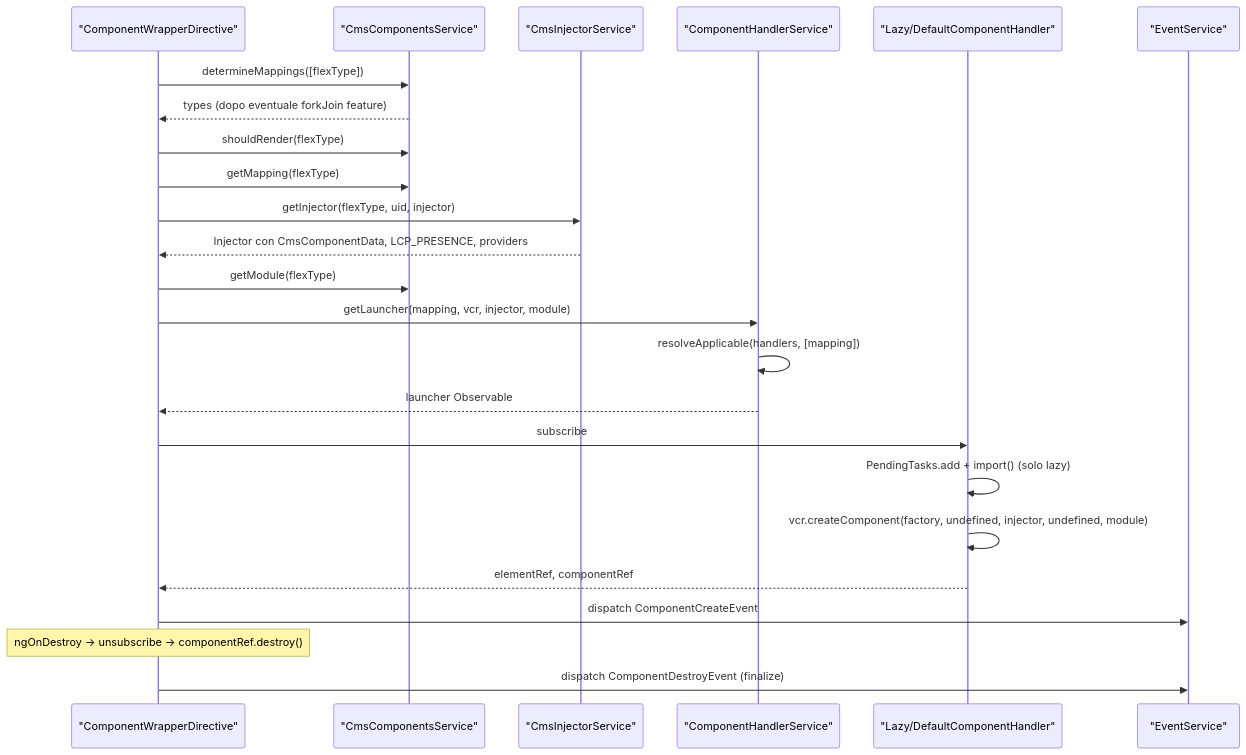
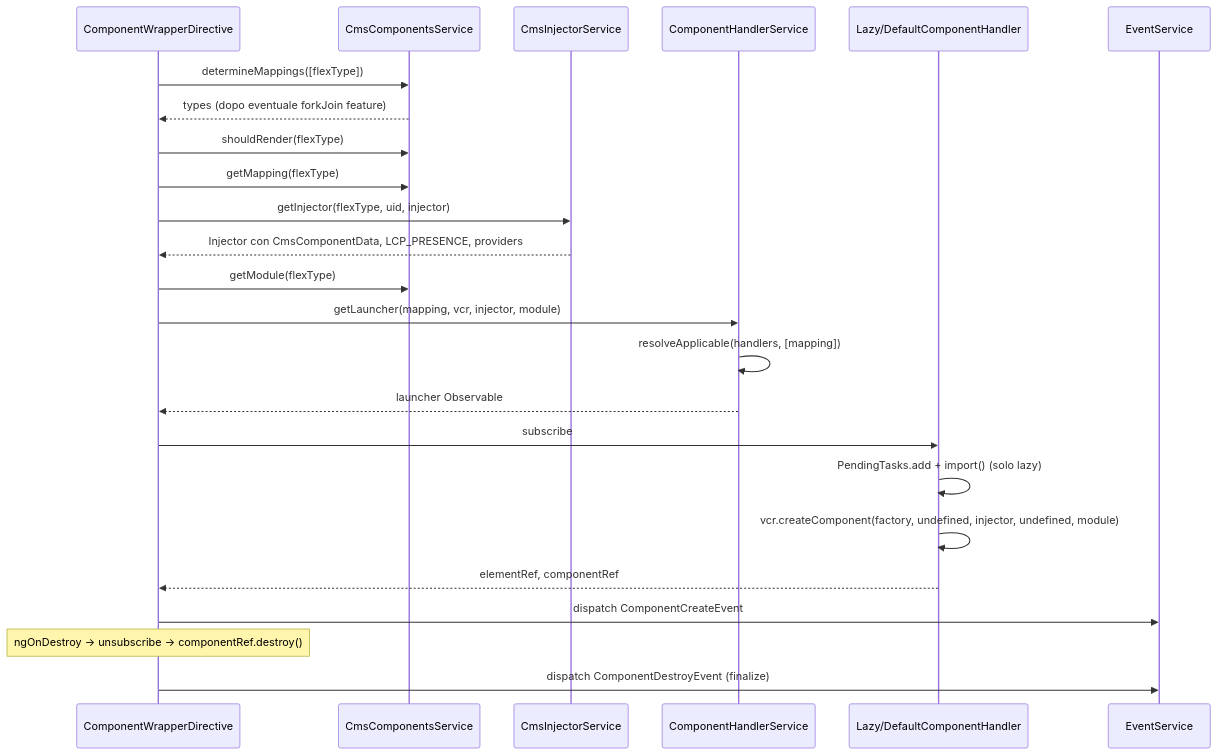
The second of 4 diagrams in docs/spartacus-book/parte-2/16-cms-rendering.md (mgiuditta/spartacus), drawn with Mermaid before and after one commit. The commit also changed other lines of this file and 2 other files, not shown here.

````diff
--- a/docs/spartacus-book/parte-2/16-cms-rendering.md
+++ b/docs/spartacus-book/parte-2/16-cms-rendering.md
@@ -326,26 +326,26 @@
 ```mermaid
 sequenceDiagram
-  participant W as "ComponentWrapperDirective"
-  participant CCS as "CmsComponentsService"
-  participant INJ as "CmsInjectorService"
-  participant HS as "ComponentHandlerService"
-  participant H as "Lazy/DefaultComponentHandler"
-  participant EV as "EventService"
+  participant W as ComponentWrapperDirective
+  participant CCS as CmsComponentsService
+  participant INJ as CmsInjectorService
+  participant HS as ComponentHandlerService
+  participant H as Lazy/DefaultComponentHandler
+  participant EV as EventService
   W->>CCS: determineMappings([flexType])
   CCS-->>W: types (dopo eventuale forkJoin feature)
   W->>CCS: shouldRender(flexType)
   W->>CCS: getMapping(flexType)
   W->>INJ: getInjector(flexType, uid, injector)
   INJ-->>W: Injector con CmsComponentData, LCP_PRESENCE, providers
   W->>CCS: getModule(flexType)
   W->>HS: getLauncher(mapping, vcr, injector, module)
   HS->>HS: resolveApplicable(handlers, [mapping])
   HS-->>W: launcher Observable
   W->>H: subscribe
   H->>H: PendingTasks.add + import() (solo lazy)
   H->>H: vcr.createComponent(factory, undefined, injector, undefined, module)
   H-->>W: elementRef, componentRef
   W->>EV: dispatch ComponentCreateEvent
   Note over W: ngOnDestroy -> unsubscribe -> componentRef.destroy()
   W->>EV: dispatch ComponentDestroyEvent (finalize)
 ```
````
